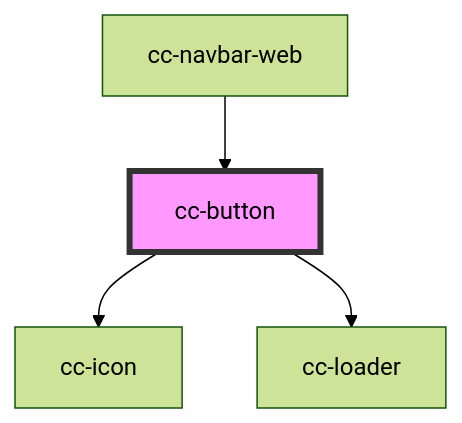
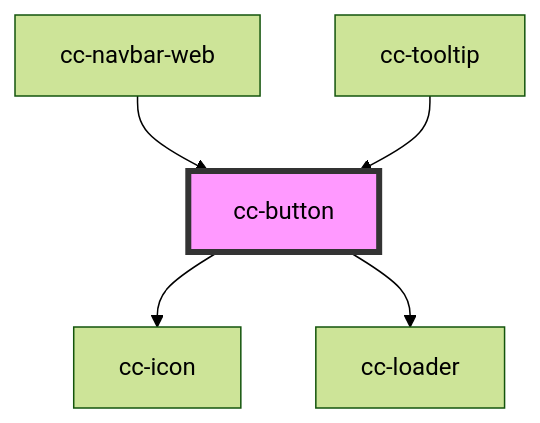
Before and after one commit to lacafetalab/cafeta-components: the diagram in packages/core/src/components/cc-button/readme.md, drawn with Mermaid (forest theme). The commit also changed other lines of this file and 4 other files, not shown here.

````diff
--- a/packages/core/src/components/cc-button/readme.md
+++ b/packages/core/src/components/cc-button/readme.md
@@ -37,7 +38,8 @@
 ```mermaid
 graph TD;
   cc-button --> cc-icon
   cc-button --> cc-loader
   cc-navbar-web --> cc-button
+  cc-tooltip --> cc-button
   style cc-button fill:#f9f,stroke:#333,stroke-width:4px
 ```
````
